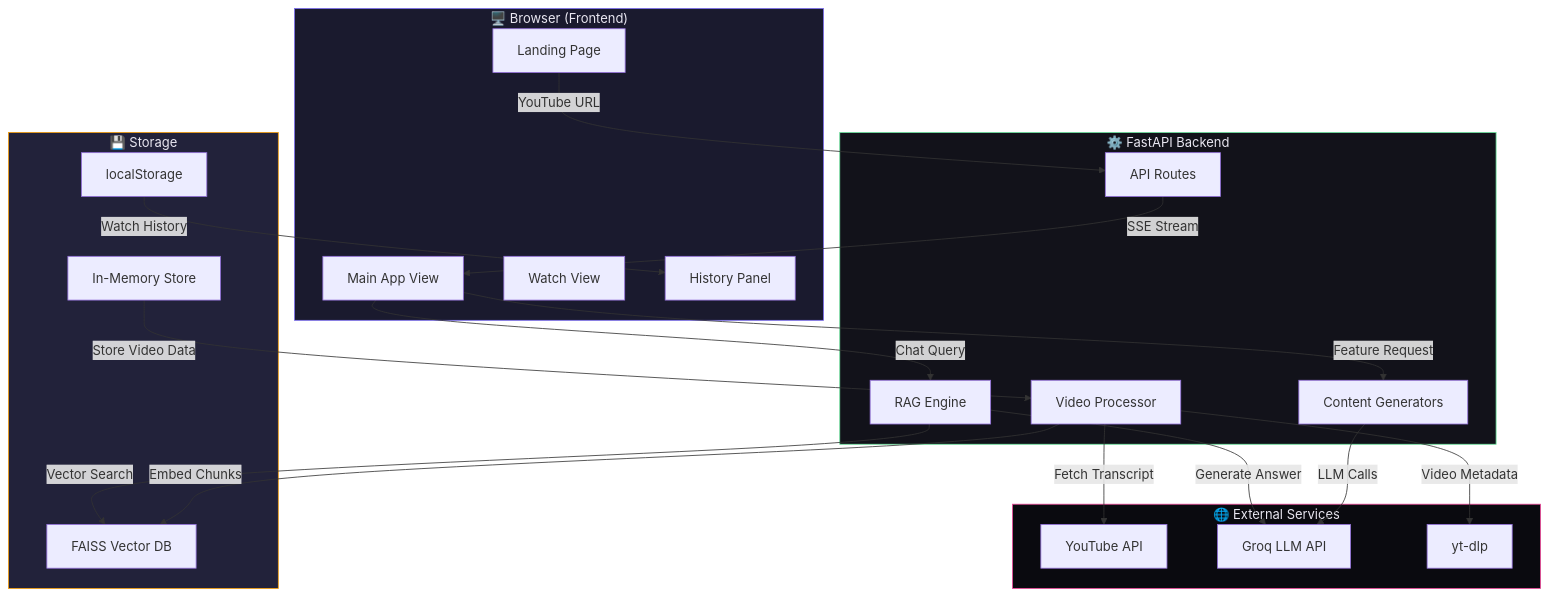
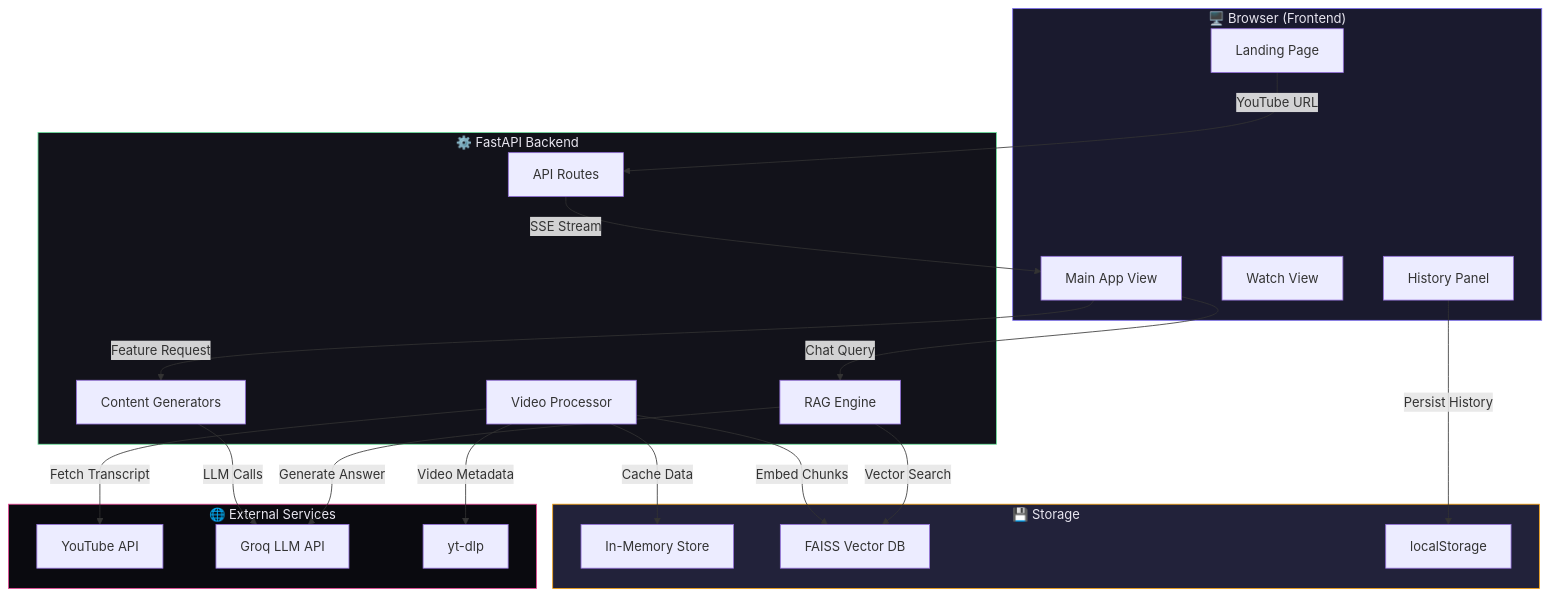
One commit to divye07/SWE-Proj changed the second of 11 diagrams in README.md. Above: the diagram before and after it, drawn with Mermaid. The commit also changed other lines of this file, not shown here.

````diff
--- a/README.md
+++ b/README.md
@@ -115,48 +115,47 @@
 ```mermaid
 graph TB
     subgraph Client["🖥️ Browser (Frontend)"]
         UI[Landing Page]
         APP[Main App View]
         WATCH[Watch View]
         HIST[History Panel]
     end
 
     subgraph Server["⚙️ FastAPI Backend"]
         API[API Routes]
         PROC[Video Processor]
         RAG[RAG Engine]
         GEN[Content Generators]
     end
 
     subgraph External["🌐 External Services"]
         YT[YouTube API]
         GROQ[Groq LLM API]
         YTDLP[yt-dlp]
     end
 
     subgraph Storage["💾 Storage"]
         MEM[In-Memory Store]
         FAISS[FAISS Vector DB]
         LS[localStorage]
     end
 
     UI -->|YouTube URL| API
     API -->|SSE Stream| APP
     APP -->|Chat Query| RAG
     APP -->|Feature Request| GEN
 
     PROC -->|Fetch Transcript| YT
     PROC -->|Video Metadata| YTDLP
     PROC -->|Embed Chunks| FAISS
+    PROC -->|Cache Data| MEM
     GEN -->|LLM Calls| GROQ
     RAG -->|Vector Search| FAISS
     RAG -->|Generate Answer| GROQ
-
-    MEM -->|Store Video Data| PROC
-    LS -->|Watch History| HIST
+    HIST -->|Persist History| LS
 
     style Client fill:#1a1a2e,stroke:#7c6ef0,color:#e8e6f0
     style Server fill:#12121a,stroke:#6ee7a0,color:#e8e6f0
     style External fill:#0a0a0f,stroke:#ec4899,color:#e8e6f0
     style Storage fill:#22223a,stroke:#f59e0b,color:#e8e6f0
 ```
````
